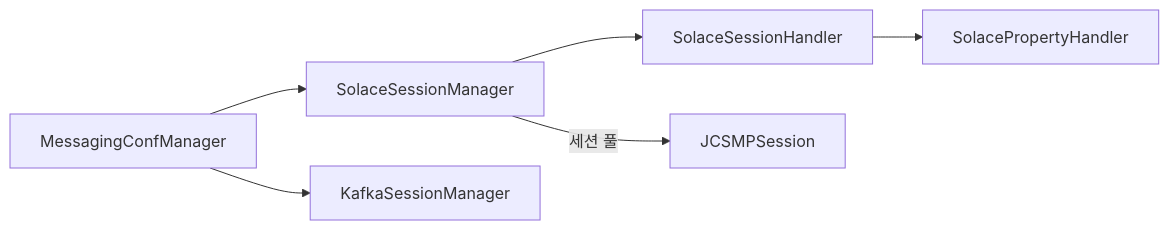
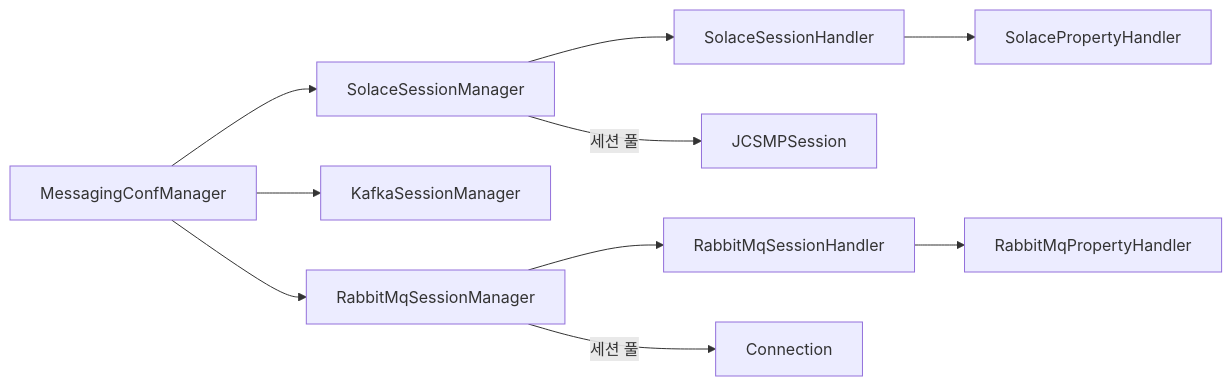
The second of 2 diagrams in CLAUDE.md (david-yj-52/befw-lib-core), drawn with Mermaid before and after one commit. The commit also changed other lines of this file and 12 other files, not shown here.

Commit message:
rabbit mq connection feature

````diff
--- a/CLAUDE.md
+++ b/CLAUDE.md
@@ -92,8 +92,12 @@
 ```mermaid
 graph LR
     MC[MessagingConfManager] --> SM[SolaceSessionManager]
     MC --> KM[KafkaSessionManager]
+    MC --> RM[RabbitMqSessionManager]
     SM --> SH[SolaceSessionHandler]
     SH --> SP[SolacePropertyHandler]
     SM -->|세션 풀| JS[JCSMPSession]
+    RM --> RH[RabbitMqSessionHandler]
+    RH --> RP[RabbitMqPropertyHandler]
+    RM -->|세션 풀| RC[Connection]
 ```
````
